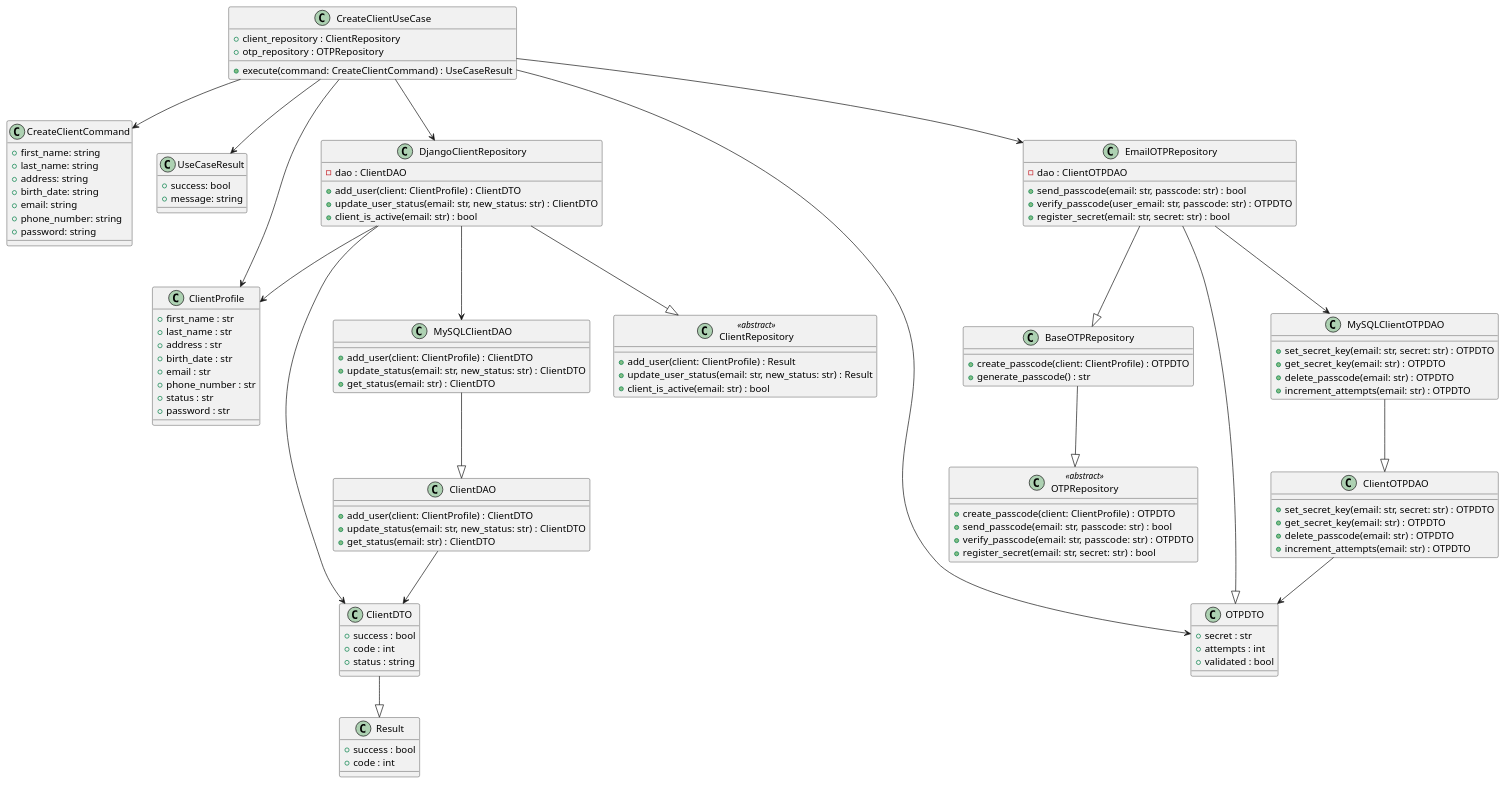
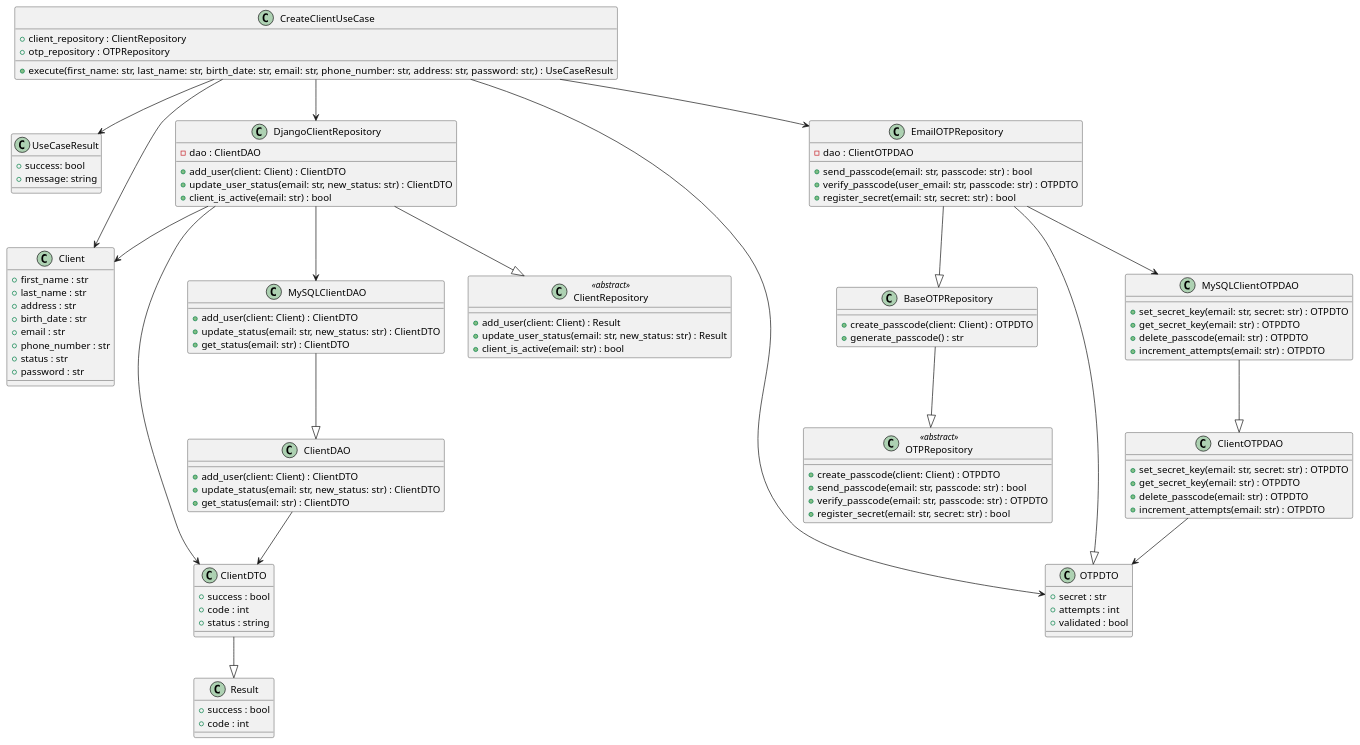
One commit to William-Lavoie/BrokerX changed the diagram in documentation/phase2/views/class_diagram.puml. Above: the diagram before and after it, drawn with PlantUML. The commit also changed 25 other files, not shown here.

```diff
--- a/documentation/phase2/views/class_diagram.puml
+++ b/documentation/phase2/views/class_diagram.puml
@@ -1,130 +1,119 @@
 @startuml
     class CreateClientUseCase{
         + client_repository : ClientRepository
         + otp_repository : OTPRepository
-        + execute(command: CreateClientCommand) : UseCaseResult
-    }
-
-    class CreateClientCommand{
-        + first_name: string
-        + last_name: string
-        + address: string
-        + birth_date: string
-        + email: string
-        + phone_number: string
-        + password: string
+        + execute(first_name: str, last_name: str, birth_date: str, email: str, phone_number: str, address: str, password: str,) : UseCaseResult
     }
 
     class UseCaseResult{
        + success: bool
        + message: string
     }
 
     class ClientRepository <<abstract>> {
-        + add_user(client: ClientProfile) : Result
+        + add_user(client: Client) : Result
         + update_user_status(email: str, new_status: str) : Result
         + client_is_active(email: str) : bool
     }
 
     class Result{
         + success : bool
         + code : int
     }
 
     class ClientDTO{
         + success : bool
         + code : int
         + status : string
     }
 
     class OTPDTO {
         +secret : str
         +attempts : int
         +validated : bool
     }
 
-    class ClientProfile {
+    class Client {
         +first_name : str
         +last_name : str
         +address : str
         +birth_date : str
         +email : str
         +phone_number : str
         +status : str
         +password : str
     }
 
     class OTPRepository <<abstract>> {
-        + create_passcode(client: ClientProfile) : OTPDTO
+        + create_passcode(client: Client) : OTPDTO
         + send_passcode(email: str, passcode: str) : bool
         + verify_passcode(email: str, passcode: str) : OTPDTO
         + register_secret(email: str, secret: str) : bool
     }
 
     class DjangoClientRepository {
         -dao : ClientDAO
-        +add_user(client: ClientProfile) : ClientDTO
+        +add_user(client: Client) : ClientDTO
         +update_user_status(email: str, new_status: str) : ClientDTO
         +client_is_active(email: str) : bool
     }
 
     class MySQLClientOTPDAO {
         +set_secret_key(email: str, secret: str) : OTPDTO
         +get_secret_key(email: str) : OTPDTO
         +delete_passcode(email: str) : OTPDTO
         +increment_attempts(email: str) : OTPDTO
     }
 
     class ClientOTPDAO {
         +set_secret_key(email: str, secret: str) : OTPDTO
         +get_secret_key(email: str) : OTPDTO
         +delete_passcode(email: str) : OTPDTO
         +increment_attempts(email: str) : OTPDTO
     }
 
     class EmailOTPRepository {
         -dao : ClientOTPDAO
         +send_passcode(email: str, passcode: str) : bool
         +verify_passcode(user_email: str, passcode: str) : OTPDTO
         +register_secret(email: str, secret: str) : bool
     }
 
     class BaseOTPRepository {
-        +create_passcode(client: ClientProfile) : OTPDTO
+        +create_passcode(client: Client) : OTPDTO
         +generate_passcode() : str
     }
 
     class MySQLClientDAO {
-        +add_user(client: ClientProfile) : ClientDTO
+        +add_user(client: Client) : ClientDTO
         +update_status(email: str, new_status: str) : ClientDTO
         +get_status(email: str) : ClientDTO
     }
 
 
     class ClientDAO{
-        +add_user(client: ClientProfile) : ClientDTO
+        +add_user(client: Client) : ClientDTO
         +update_status(email: str, new_status: str) : ClientDTO
         +get_status(email: str) : ClientDTO
     }
 
 MySQLClientOTPDAO --|> ClientOTPDAO
 EmailOTPRepository --|> BaseOTPRepository
 EmailOTPRepository --|> OTPDTO
 EmailOTPRepository --> MySQLClientOTPDAO
 BaseOTPRepository --|> OTPRepository
 DjangoClientRepository --|> ClientRepository
 DjangoClientRepository --> ClientDTO
-DjangoClientRepository --> ClientProfile
+DjangoClientRepository --> Client
 ClientDAO--> ClientDTO
 ClientDTO --|> Result
 DjangoClientRepository --> MySQLClientDAO
 MySQLClientDAO --|> ClientDAO
 CreateClientUseCase --> DjangoClientRepository
 CreateClientUseCase --> EmailOTPRepository
 CreateClientUseCase --> OTPDTO
-CreateClientUseCase --> ClientProfile
-CreateClientUseCase --> CreateClientCommand
+CreateClientUseCase --> Client
 CreateClientUseCase --> UseCaseResult
 ClientOTPDAO --> OTPDTO
 
 @enduml
```
